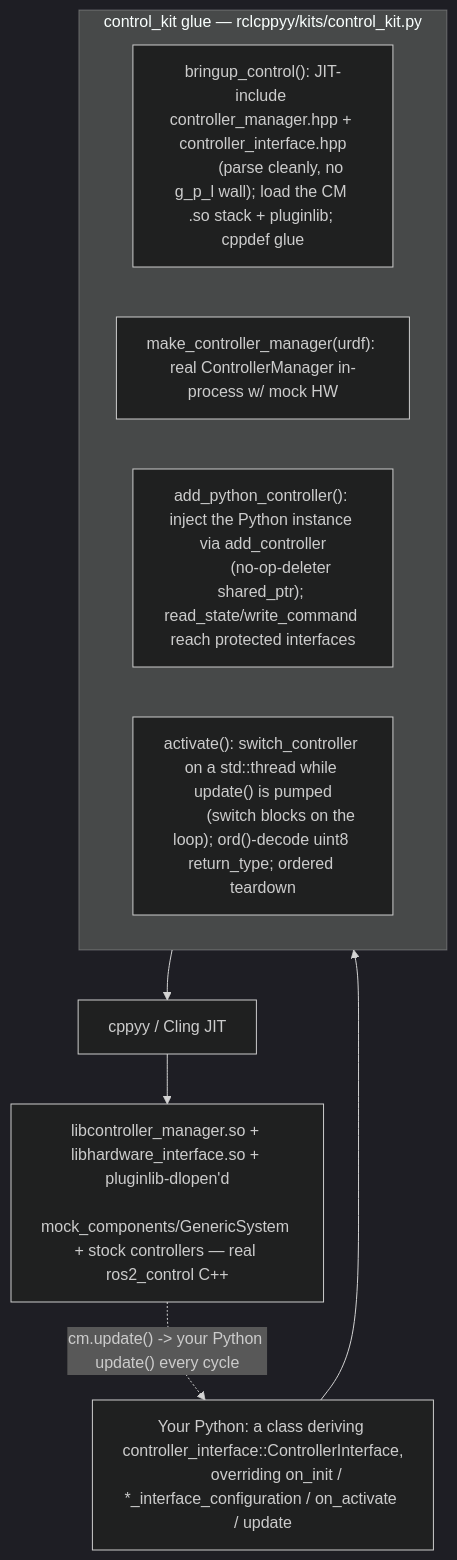
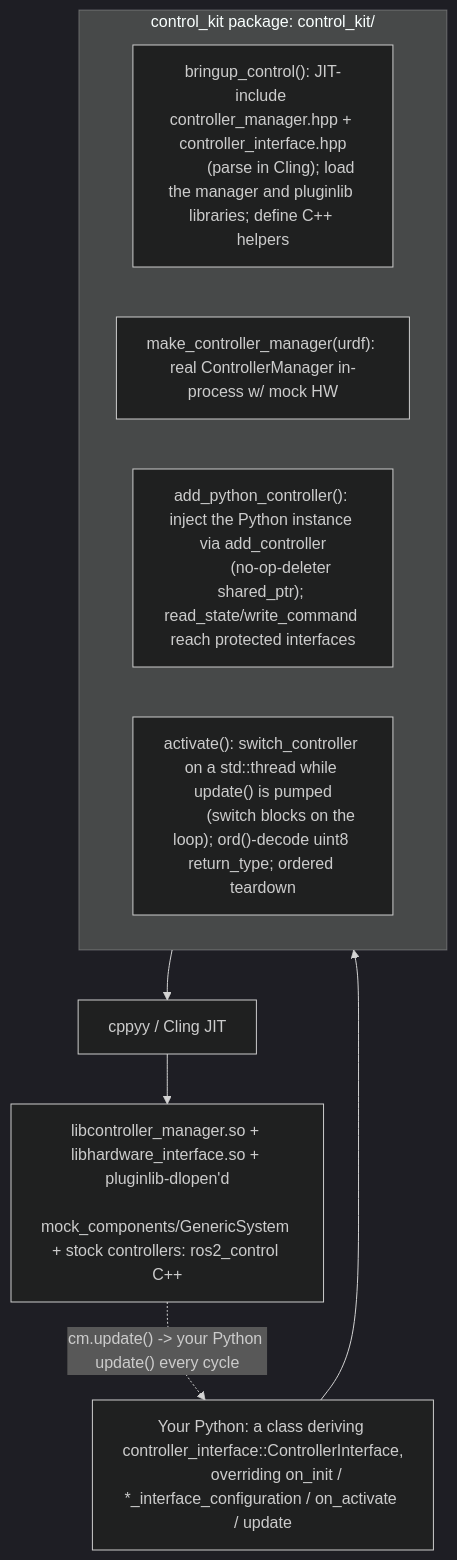
One commit to awesomebytes/cppyy_kit changed the diagram in control_kit/REPORT.md. Above: the diagram before and after it, drawn with Mermaid (dark theme). The commit also changed other lines of this file and 259 other files, not shown here.

````diff
--- a/control_kit/REPORT.md
+++ b/control_kit/REPORT.md
@@ -34,19 +34,19 @@
 ```mermaid
 flowchart TD
     U["Your Python: a class deriving controller_interface::ControllerInterface,
        overriding on_init / *_interface_configuration / on_activate / update"]
-    subgraph KIT["control_kit glue — rclcppyy/kits/control_kit.py"]
+    subgraph KIT["control_kit package: control_kit/"]
       B["bringup_control(): JIT-include controller_manager.hpp + controller_interface.hpp
-         (parse cleanly, no g_p_l wall); load the CM .so stack + pluginlib; cppdef glue"]
+         (parse in Cling); load the manager and pluginlib libraries; define C++ helpers"]
       R["make_controller_manager(urdf): real ControllerManager in-process w/ mock HW"]
       I["add_python_controller(): inject the Python instance via add_controller
          (no-op-deleter shared_ptr); read_state/write_command reach protected interfaces"]
       A["activate(): switch_controller on a std::thread while update() is pumped
          (switch blocks on the loop); ord()-decode uint8 return_type; ordered teardown"]
     end
     J["cppyy / Cling JIT"]
     E["libcontroller_manager.so + libhardware_interface.so + pluginlib-dlopen'd
-       mock_components/GenericSystem + stock controllers — real ros2_control C++"]
+       mock_components/GenericSystem + stock controllers: ros2_control C++"]
     U --> KIT --> J --> E
     E -. "cm.update() -> your Python update() every cycle" .-> U
 ```
````
